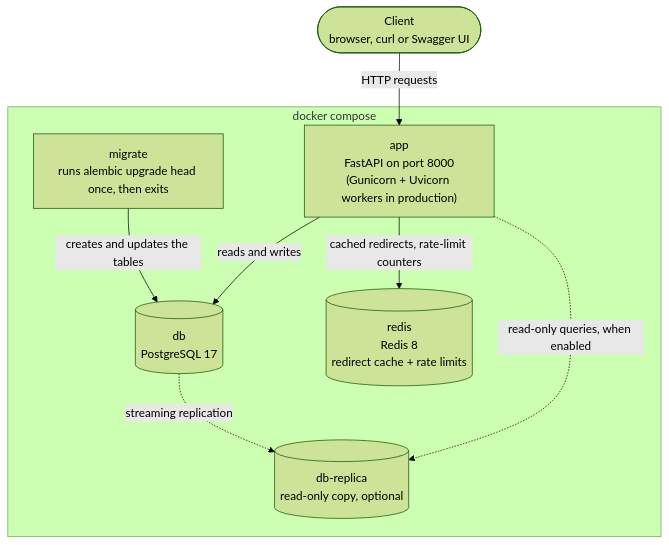
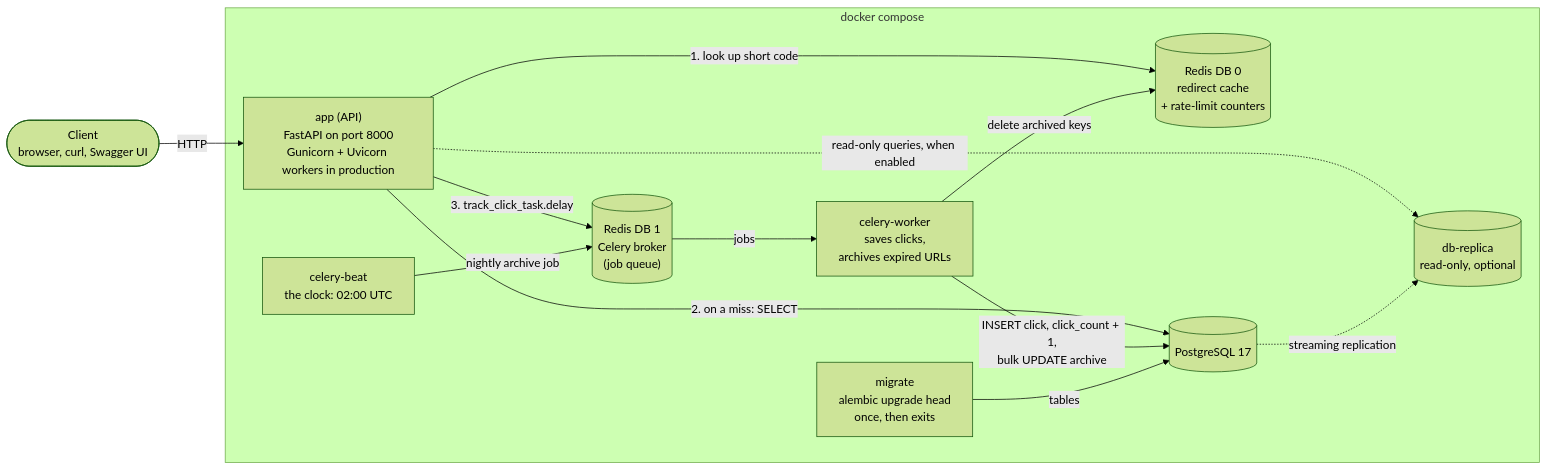
One commit to Aline-CROIRE/url-shortener-fastapi changed the first of 4 diagrams in README.md. Above: the diagram before and after it, drawn with Mermaid (forest theme). The commit also changed other lines of this file, not shown here.

Commit message:
docs: document Celery, health probes and Module 8 design decisions

````diff
--- a/README.md
+++ b/README.md
@@ -74,19 +104,27 @@
 ```mermaid
-flowchart TB
-    client(["Client<br/>browser, curl or Swagger UI"])
+flowchart LR
+    client(["Client<br/>browser, curl, Swagger UI"])
 
     subgraph compose["docker compose"]
-        migrate["migrate<br/>runs alembic upgrade head once, then exits"]
-        app["app<br/>FastAPI on port 8000<br/>(Gunicorn + Uvicorn workers in production)"]
-        db[("db<br/>PostgreSQL 17")]
-        redis[("redis<br/>Redis 8<br/>redirect cache + rate limits")]
-        replica[("db-replica<br/>read-only copy, optional")]
+        app["app (API)<br/>FastAPI on port 8000<br/>Gunicorn + Uvicorn workers in production"]
+        cache[("Redis DB 0<br/>redirect cache<br/>+ rate-limit counters")]
+        broker[("Redis DB 1<br/>Celery broker<br/>(job queue)")]
+        worker["celery-worker<br/>saves clicks,<br/>archives expired URLs"]
+        beat["celery-beat<br/>the clock: 02:00 UTC"]
+        db[("PostgreSQL 17")]
+        migrate["migrate<br/>alembic upgrade head<br/>once, then exits"]
+        replica[("db-replica<br/>read-only, optional")]
     end
 
-    client -->|HTTP requests| app
-    migrate -->|creates and updates the tables| db
-    app -->|reads and writes| db
-    app -->|cached redirects, rate-limit counters| redis
+    client -->|HTTP| app
+    app -->|1. look up short code| cache
+    app -->|2. on a miss: SELECT| db
+    app -->|3. track_click_task.delay| broker
+    broker -->|jobs| worker
+    beat -->|nightly archive job| broker
+    worker -->|INSERT click, click_count + 1,<br/>bulk UPDATE archive| db
+    worker -->|delete archived keys| cache
+    migrate -->|tables| db
     app -.->|read-only queries, when enabled| replica
     db -.->|streaming replication| replica
 ```
````
